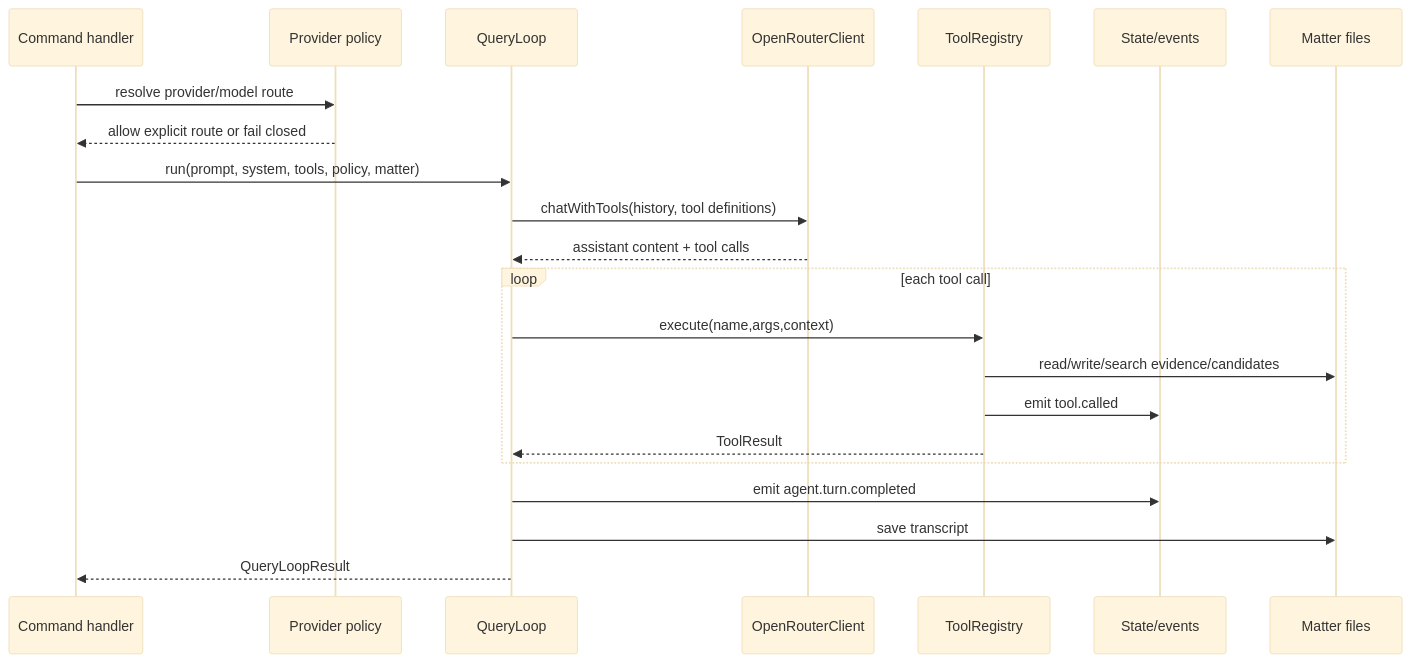
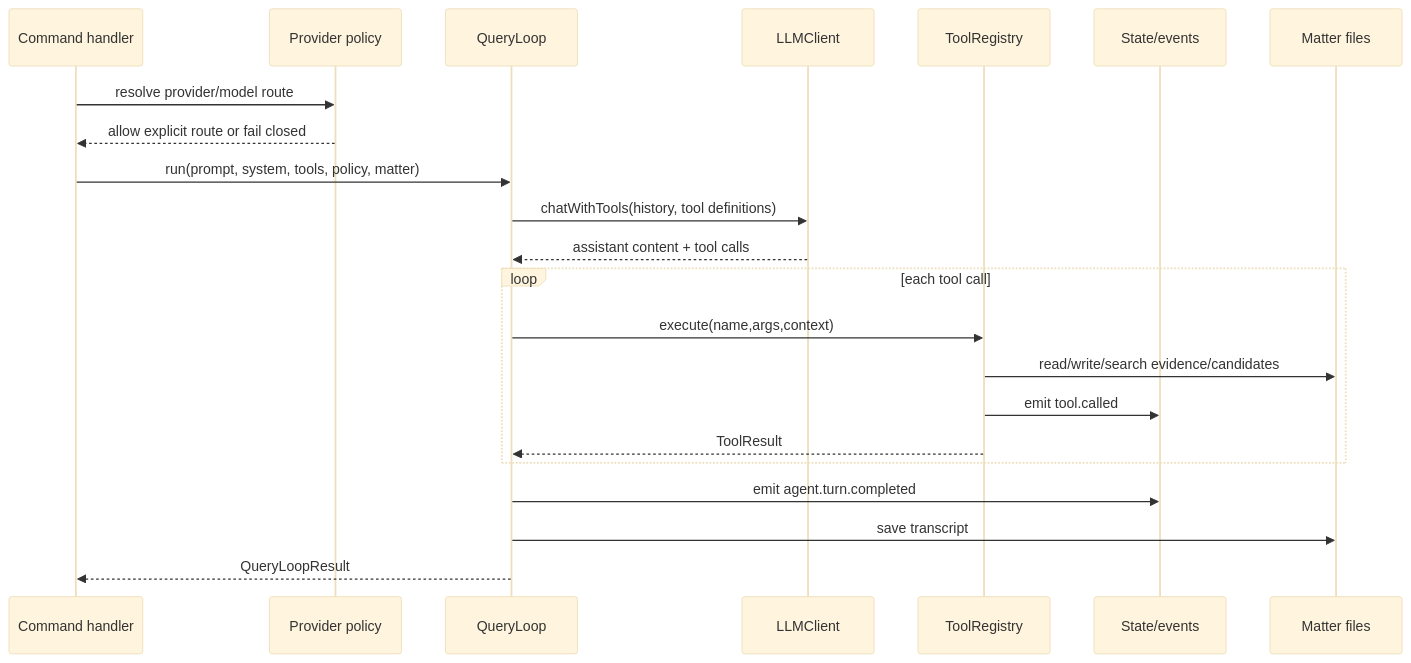
The third of 6 diagrams in docs/architecture-v2-research-paper.md (Albaloola/atticus-harness-v2), drawn with Mermaid (base theme) before and after one commit. The commit also changed other lines of this file and 63 other files, not shown here.

First line of the commit message:
Bug reports 003-006 and architecture feature request

````diff
--- a/docs/architecture-v2-research-paper.md
+++ b/docs/architecture-v2-research-paper.md
@@ -171,25 +171,25 @@
 ```mermaid
 sequenceDiagram
     participant C as Command handler
     participant P as Provider policy
     participant Q as QueryLoop
-    participant L as OpenRouterClient
+    participant L as LLMClient
     participant T as ToolRegistry
     participant S as State/events
     participant M as Matter files
 
     C->>P: resolve provider/model route
     P-->>C: allow explicit route or fail closed
     C->>Q: run(prompt, system, tools, policy, matter)
     Q->>L: chatWithTools(history, tool definitions)
     L-->>Q: assistant content + tool calls
     loop each tool call
         Q->>T: execute(name,args,context)
         T->>M: read/write/search evidence/candidates
         T->>S: emit tool.called
         T-->>Q: ToolResult
     end
     Q->>S: emit agent.turn.completed
     Q->>M: save transcript
     Q-->>C: QueryLoopResult
 ```
````
